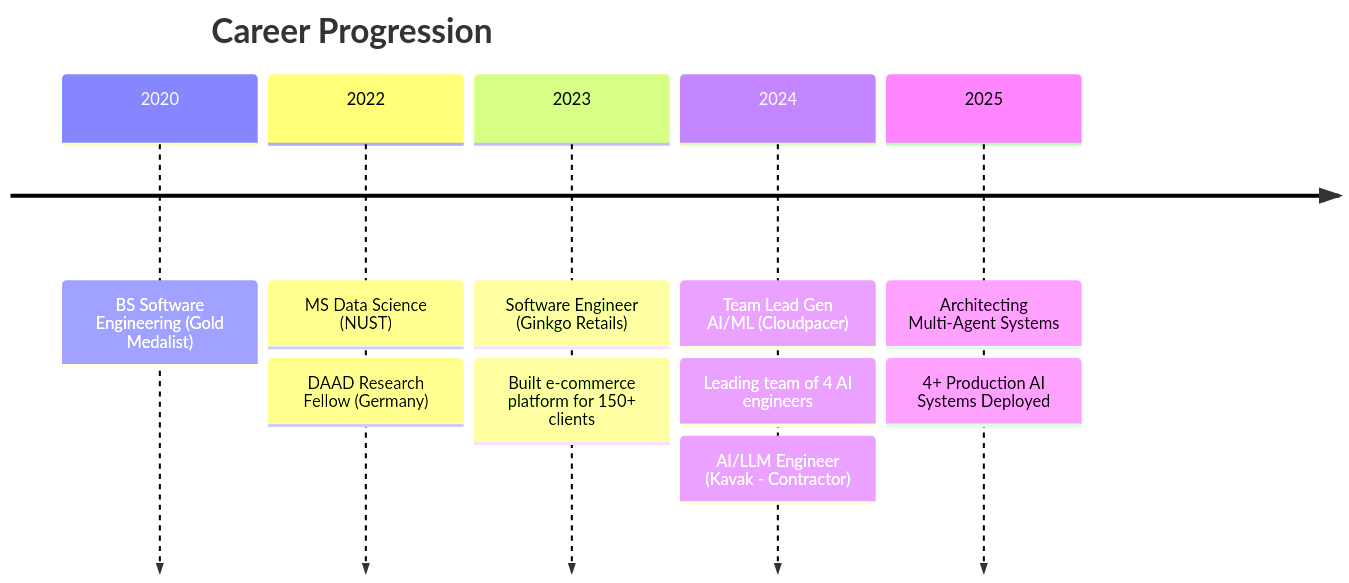
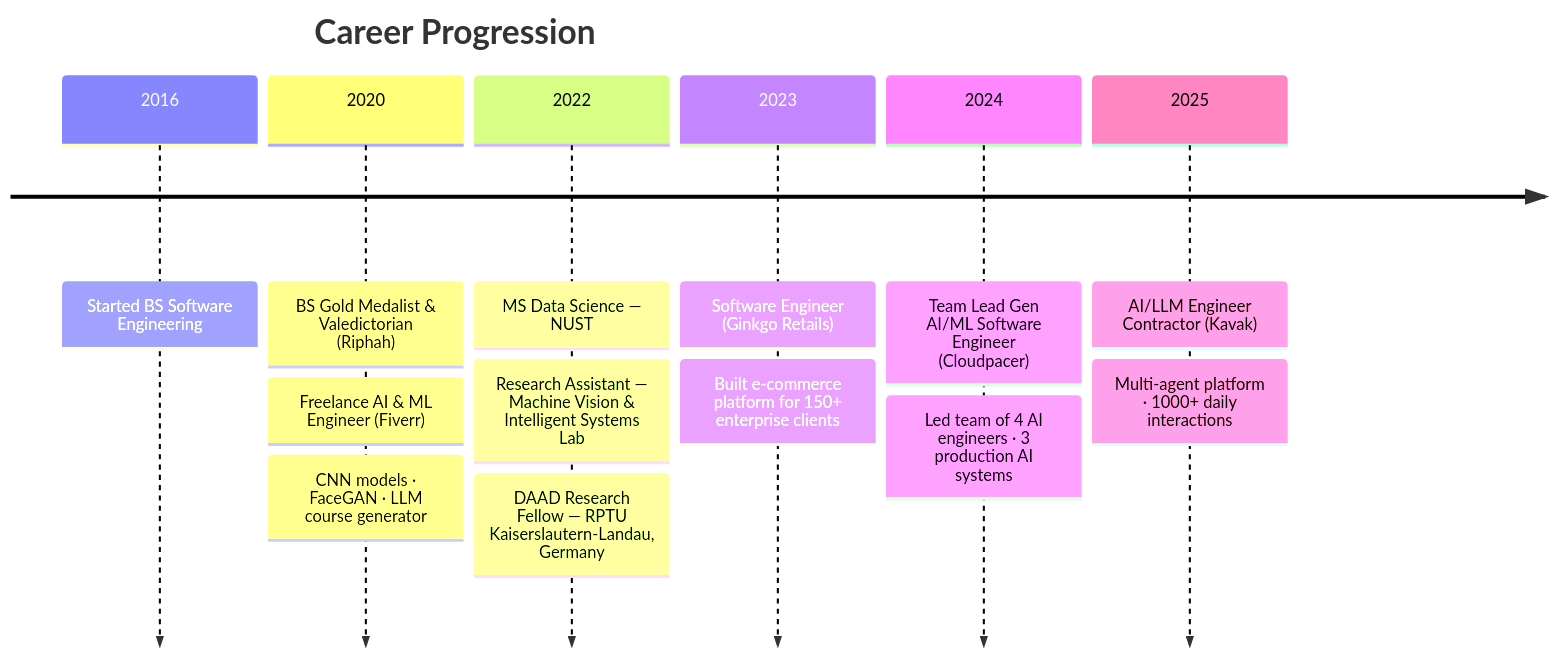
Before and after one commit to malijt/malijt: the diagram in README.md, drawn with Mermaid. The commit also changed other lines of this file, not shown here.

````diff
--- a/README.md
+++ b/README.md
@@ -277,14 +303,17 @@
 ```mermaid
 timeline
     title Career Progression
-    2020 : BS Software Engineering (Gold Medalist)
-    2022 : MS Data Science (NUST)
-         : DAAD Research Fellow (Germany)
+    2016 : Started BS Software Engineering
+    2020 : BS Gold Medalist & Valedictorian (Riphah)
+         : Freelance AI & ML Engineer (Fiverr)
+         : CNN models · FaceGAN · LLM course generator
+    2022 : MS Data Science — NUST
+         : Research Assistant — Machine Vision & Intelligent Systems Lab
+         : DAAD Research Fellow — RPTU Kaiserslautern-Landau, Germany
     2023 : Software Engineer (Ginkgo Retails)
-         : Built e-commerce platform for 150+ clients
-    2024 : Team Lead Gen AI/ML (Cloudpacer)
-         : Leading team of 4 AI engineers
-         : AI/LLM Engineer (Kavak - Contractor)
-    2025 : Architecting Multi-Agent Systems
-         : 4+ Production AI Systems Deployed
+         : Built e-commerce platform for 150+ enterprise clients
+    2024 : Team Lead Gen AI/ML Software Engineer (Cloudpacer)
+         : Led team of 4 AI engineers · 3 production AI systems
+    2025 : AI/LLM Engineer Contractor (Kavak)
+         : Multi-agent platform · 1000+ daily interactions
 ```
````
